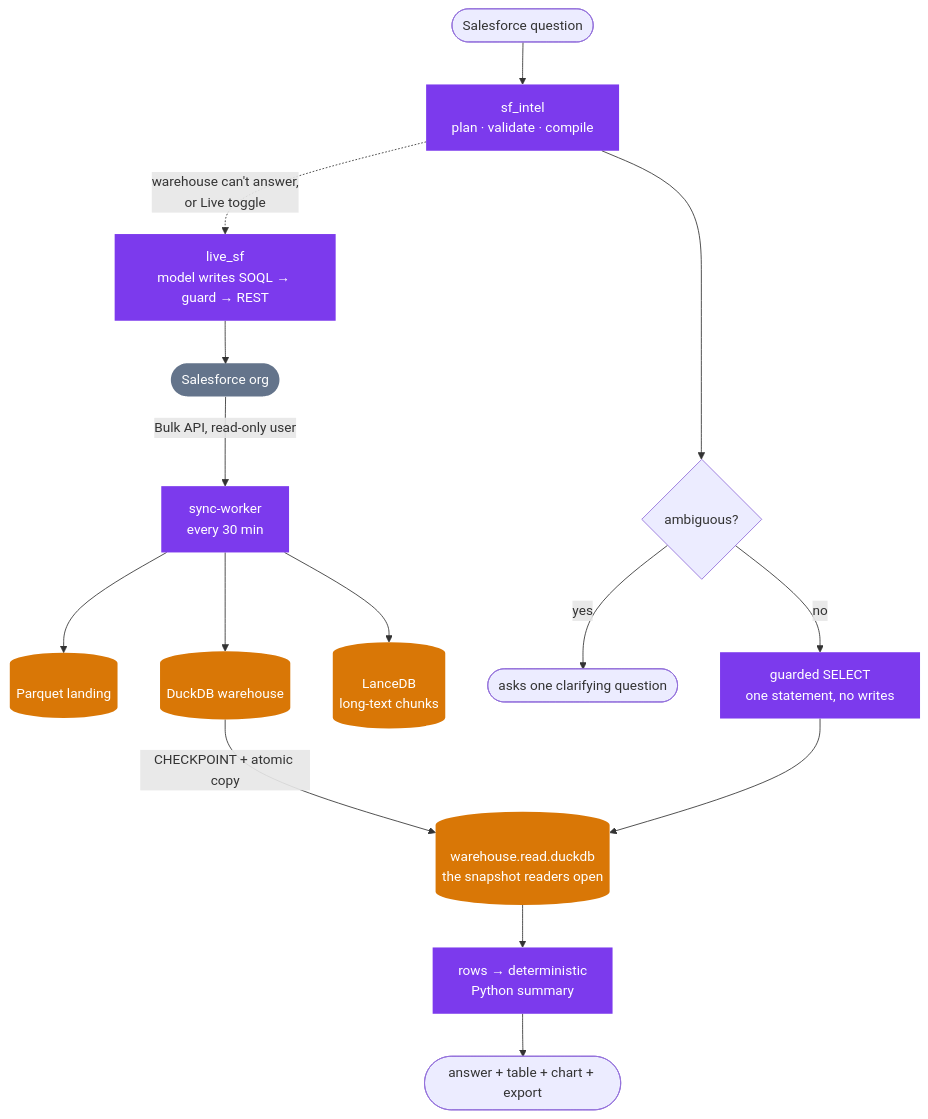
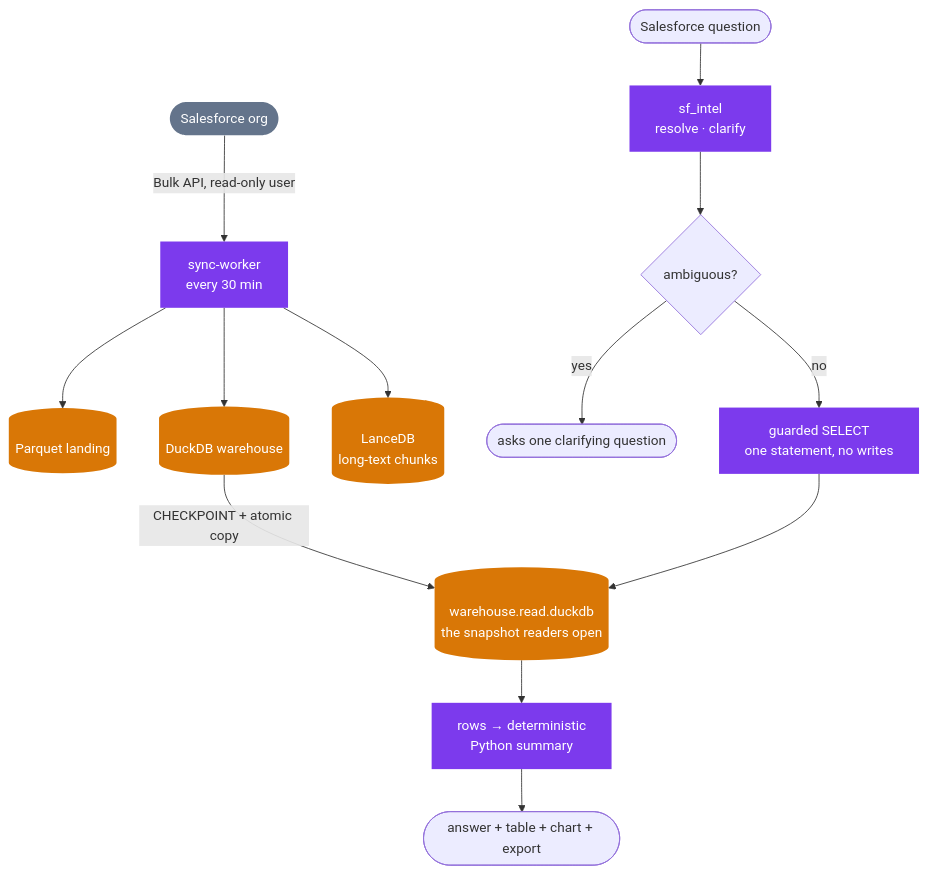
One commit to namanjain221995/personal-LLM-Chabot changed diagram 14 of 17 in docs/FLOWS.md. Above: the diagram before and after it, drawn with Mermaid. The commit also changed other lines of this file and 97 other files, not shown here.

First line of the commit message:
feat(salesforce): answer every record question from the warehouse only

````diff
--- a/docs/FLOWS.md
+++ b/docs/FLOWS.md
@@ -611,26 +611,23 @@
 ```mermaid
 flowchart TB
     SFORG([Salesforce org]) -->|"Bulk API, read-only user"| SW["sync-worker<br/>every 30 min"]
     SW --> PARQ[("Parquet landing")]
     SW --> DUCK[("DuckDB warehouse")]
     SW --> LANCE[("LanceDB<br/>long-text chunks")]
     DUCK -->|"CHECKPOINT + atomic copy"| SNAP[("warehouse.read.duckdb<br/>the snapshot readers open")]
 
-    Q([Salesforce question]) --> INTEL["sf_intel<br/>plan · validate · compile"]
+    Q([Salesforce question]) --> INTEL["sf_intel<br/>resolve · clarify"]
     INTEL --> ASK{"ambiguous?"}
     ASK -->|yes| CLAR(["asks one clarifying question"])
     ASK -->|no| SQL["guarded SELECT<br/>one statement, no writes"]
     SQL --> SNAP
     SNAP --> ROWS["rows → deterministic<br/>Python summary"]
     ROWS --> ANSWER(["answer + table + chart + export"])
 
-    INTEL -.->|"warehouse can't answer,<br/>or Live toggle"| LIVE["live_sf<br/>model writes SOQL → guard → REST"]
-    LIVE --> SFORG
-
     classDef app fill:#7C3AED,color:#fff,stroke:none
     classDef data fill:#D97706,color:#fff,stroke:none
     classDef ext fill:#64748B,color:#fff,stroke:none
-    class SW,INTEL,SQL,ROWS,LIVE app
+    class SW,INTEL,SQL,ROWS app
     class PARQ,DUCK,LANCE,SNAP data
     class SFORG ext
 ```
````
